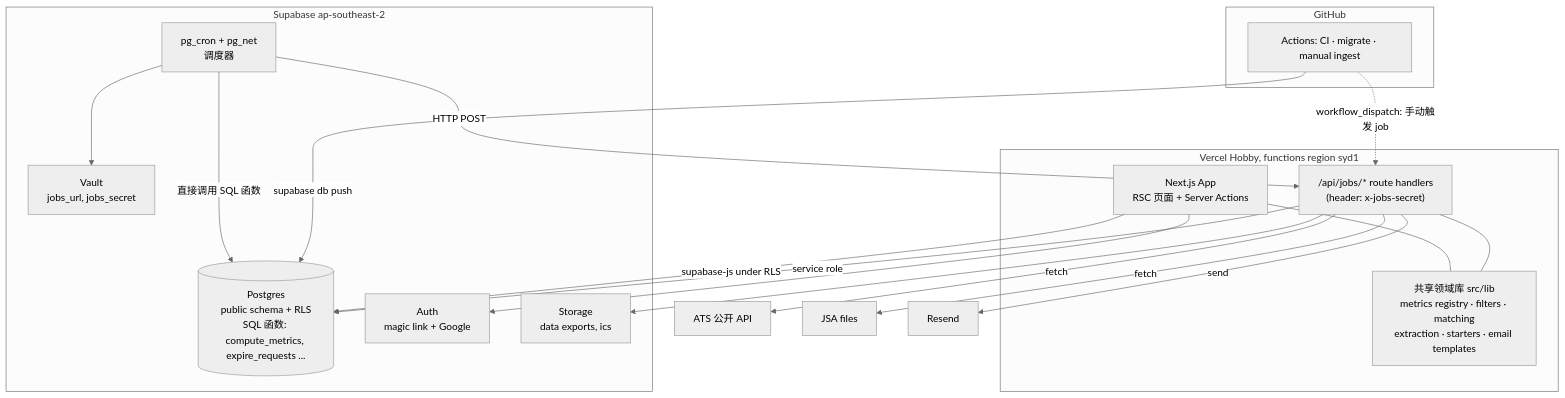
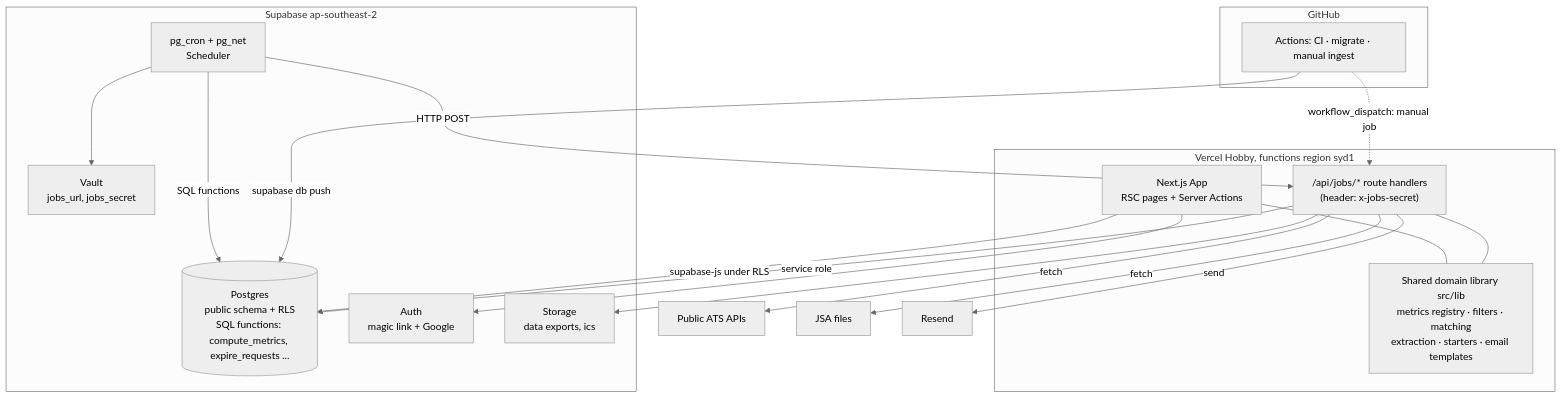
The second of 9 diagrams in docs/ARCHITECTURE.md (plcme/skill-market), drawn with Mermaid (neutral theme) before and after one commit. The commit also changed other lines of this file and 29 other files, not shown here.

````diff
--- a/docs/ARCHITECTURE.md
+++ b/docs/ARCHITECTURE.md
@@ -102,32 +102,32 @@
 ```mermaid
 flowchart TB
     subgraph vercel["Vercel Hobby, functions region syd1"]
-        WEB["Next.js App<br/>RSC 页面 + Server Actions"]
+        WEB["Next.js App<br/>RSC pages + Server Actions"]
         JOBS["/api/jobs/* route handlers<br/>(header: x-jobs-secret)"]
         WEB --- LIB
         JOBS --- LIB
-        LIB["共享领域库 src/lib<br/>metrics registry · filters · matching<br/>extraction · starters · email templates"]
+        LIB["Shared domain library src/lib<br/>metrics registry · filters · matching<br/>extraction · starters · email templates"]
     end
     subgraph supa[Supabase ap-southeast-2]
-        PG[("Postgres<br/>public schema + RLS<br/>SQL 函数: compute_metrics, expire_requests ...")]
+        PG[("Postgres<br/>public schema + RLS<br/>SQL functions: compute_metrics, expire_requests ...")]
         AUTH[Auth<br/>magic link + Google]
         STO[Storage<br/>data exports, ics]
-        CRON["pg_cron + pg_net<br/>调度器"]
+        CRON["pg_cron + pg_net<br/>Scheduler"]
         VAULT["Vault<br/>jobs_url, jobs_secret"]
     end
     subgraph ci[GitHub]
         GH["Actions: CI · migrate · manual ingest"]
     end
     WEB -- supabase-js under RLS --> PG
     WEB --> AUTH
     JOBS -- service role --> PG
     JOBS --> STO
     CRON -- HTTP POST --> JOBS
-    CRON -- 直接调用 SQL 函数 --> PG
+    CRON -- SQL functions --> PG
     CRON --> VAULT
-    JOBS -- fetch --> ATS[ATS 公开 API]
+    JOBS -- fetch --> ATS[Public ATS APIs]
     JOBS -- fetch --> JSA[JSA files]
     JOBS -- send --> RES[Resend]
     GH -- supabase db push --> PG
-    GH -. workflow_dispatch: 手动触发 job .-> JOBS
+    GH -. workflow_dispatch: manual job .-> JOBS
 ```
````
